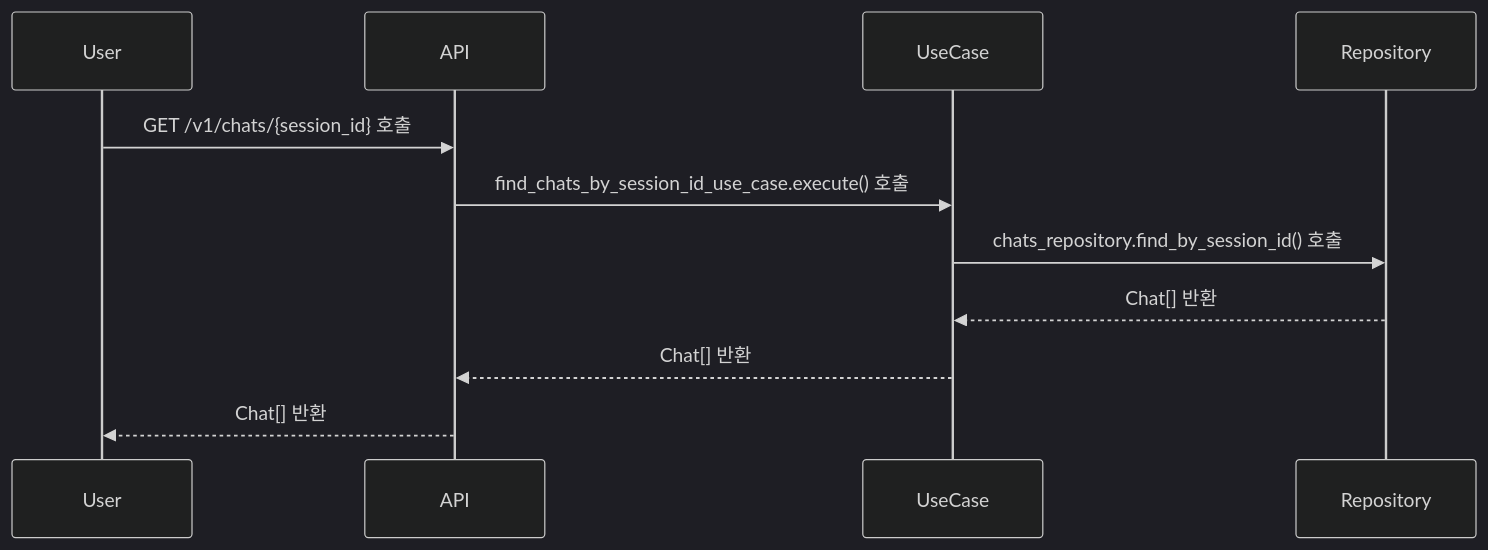
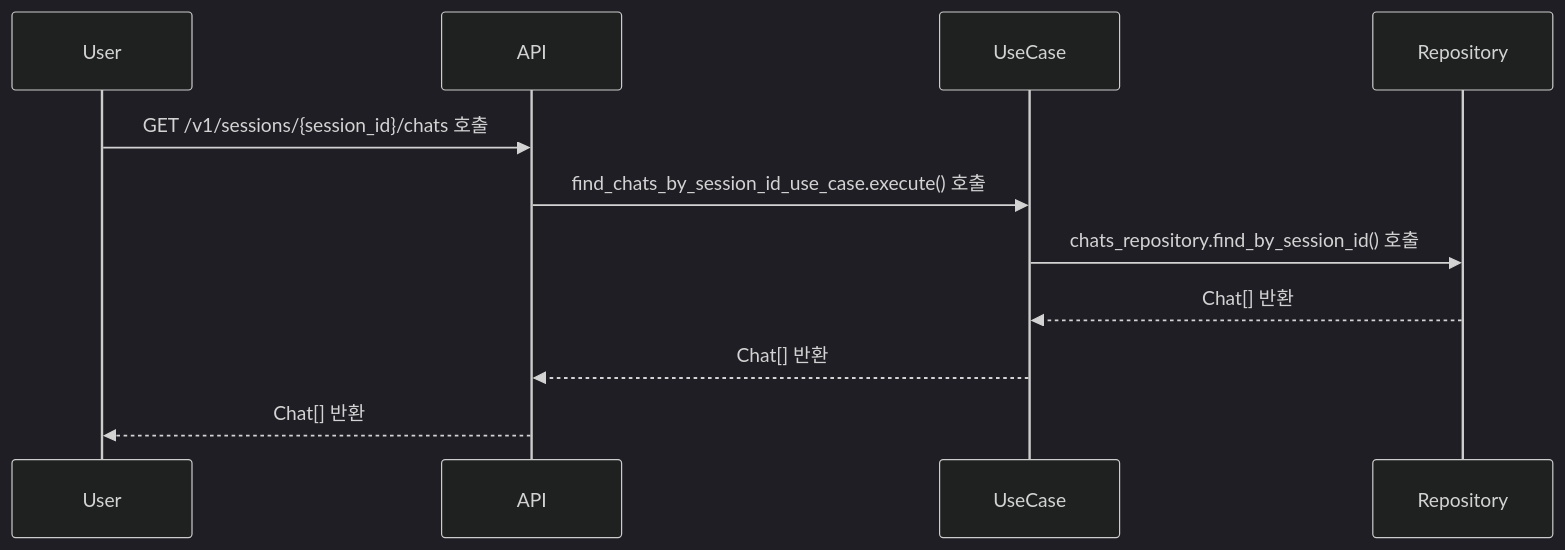
The second of 5 diagrams in README.md (JeHwanYoo/naver-smart-store-rag-chatbot), drawn with Mermaid (dark theme) before and after one commit. The commit also changed other lines of this file, not shown here.

First line of the commit message:
📝docs(README): API Path의 의미를 보다 명확히 정의

````diff
--- a/README.md
+++ b/README.md
@@ -229,9 +229,9 @@
 ```mermaid
 sequenceDiagram
-    User ->> API: GET /v1/chats/{session_id} 호출
+    User ->> API: GET /v1/sessions/{session_id}/chats 호출
     API ->> UseCase: find_chats_by_session_id_use_case.execute() 호출
     UseCase ->> Repository: chats_repository.find_by_session_id() 호출
     Repository -->> UseCase: Chat[] 반환
     UseCase -->> API: Chat[] 반환
     API -->> User: Chat[] 반환
 ```
````
